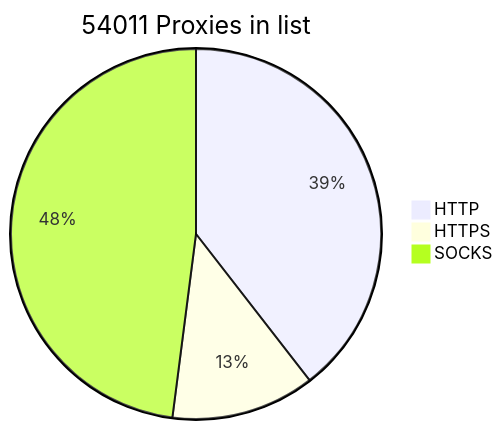
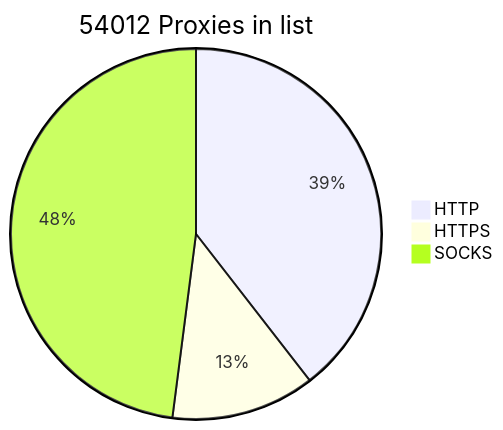
Before and after one commit to BlackSnowDot/proxylist-update-every-minute: the diagram in README.md, drawn with Mermaid.

````diff
--- a/README.md
+++ b/README.md
@@ -2,6 +2,6 @@
 ```mermaid
-pie title 54011 Proxies in list
+pie title 54012 Proxies in list
     "HTTP" : 23873
     "HTTPS": 7583
-    "SOCKS" : 28995
+    "SOCKS" : 28996
 ```
````
